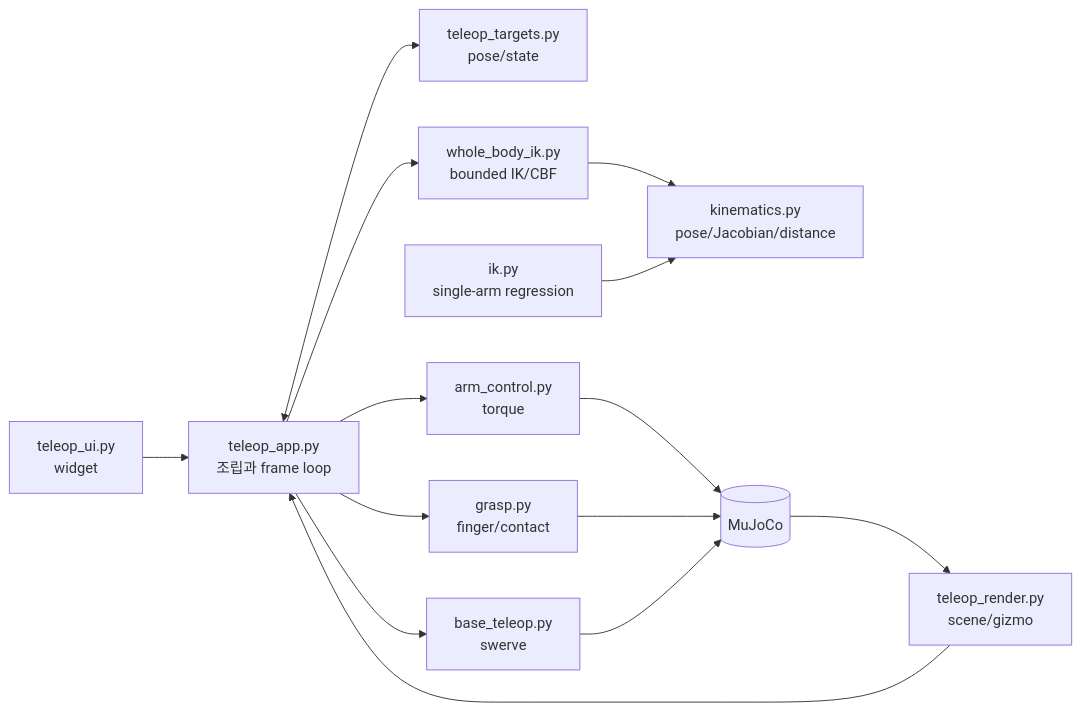
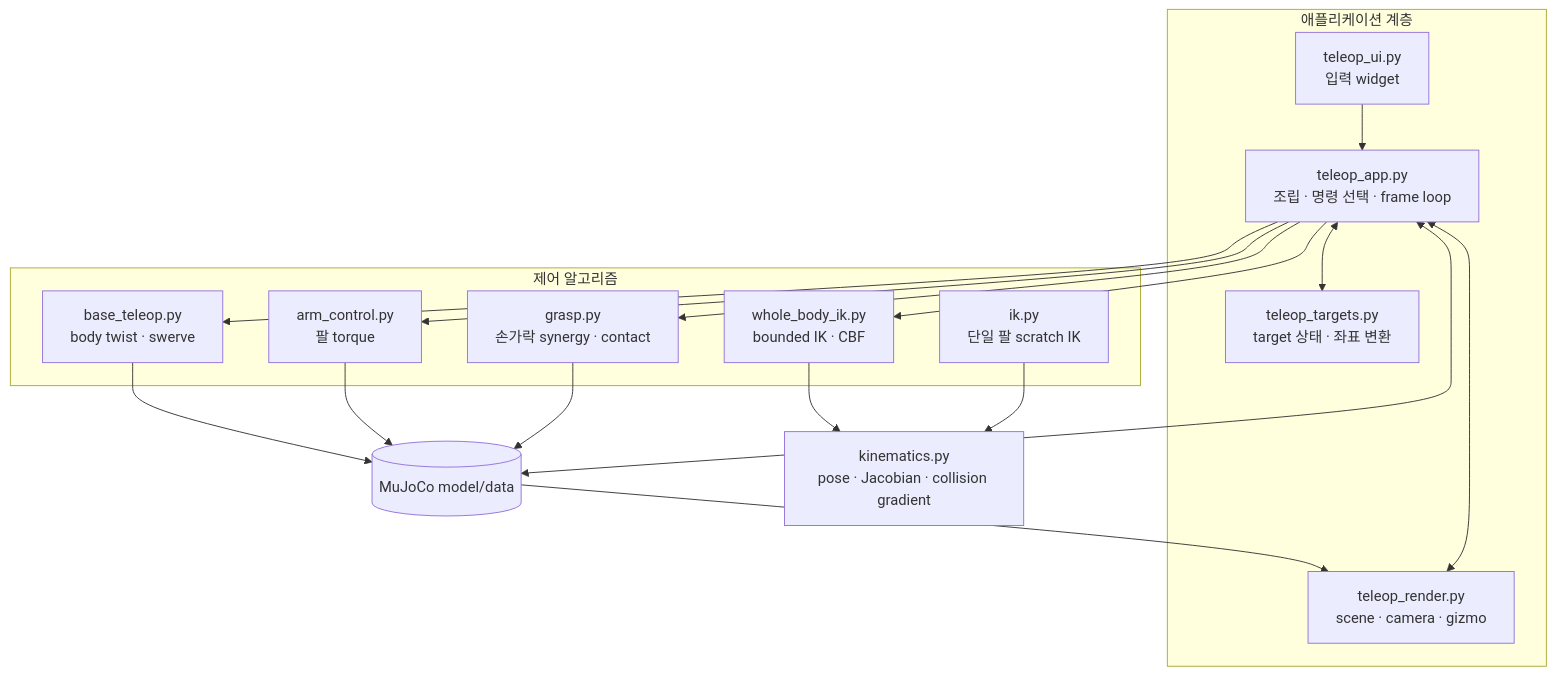
The diagram in docs/guide/index.md (ggh-png/ffw-sh5-grasp), drawn with Mermaid before and after one commit. The commit also changed other lines of this file and 16 other files, not shown here.

````diff
--- a/docs/guide/index.md
+++ b/docs/guide/index.md
@@ -44,28 +23,35 @@
 ```mermaid
-graph LR
-    APP["teleop_app.py<br>조립과 frame loop"]
-    UI["teleop_ui.py<br>widget"]
-    RENDER["teleop_render.py<br>scene/gizmo"]
-    TARGETS["teleop_targets.py<br>pose/state"]
-    KIN["kinematics.py<br>pose/Jacobian/distance"]
-    WBIK["whole_body_ik.py<br>bounded IK/CBF"]
-    LEGACY["ik.py<br>single-arm regression"]
-    ARM["arm_control.py<br>torque"]
-    GRASP["grasp.py<br>finger/contact"]
-    BASE["base_teleop.py<br>swerve"]
-    PHYS[(MuJoCo)]
+flowchart TB
+    subgraph App["애플리케이션 계층"]
+        UI["teleop_ui.py<br>입력 widget"]
+        RENDER["teleop_render.py<br>scene · camera · gizmo"]
+        APP["teleop_app.py<br>조립 · 명령 선택 · frame loop"]
+        TARGETS["teleop_targets.py<br>target 상태 · 좌표 변환"]
+    end
+
+    subgraph Control["제어 알고리즘"]
+        WBIK["whole_body_ik.py<br>bounded IK · CBF"]
+        BASE["base_teleop.py<br>body twist · swerve"]
+        ARM["arm_control.py<br>팔 torque"]
+        GRASP["grasp.py<br>손가락 synergy · contact"]
+        IK["ik.py<br>단일 팔 scratch IK"]
+    end
+
+    KIN["kinematics.py<br>pose · Jacobian · collision gradient"]
+    PHYS[("MuJoCo model/data")]
 
     UI --> APP
-    RENDER --> APP
+    RENDER <--> APP
     APP <--> TARGETS
     APP --> WBIK
-    WBIK --> KIN
-    LEGACY --> KIN
+    APP --> BASE
     APP --> ARM
     APP --> GRASP
-    APP --> BASE
+    WBIK --> KIN
+    IK --> KIN
+    BASE --> PHYS
     ARM --> PHYS
     GRASP --> PHYS
-    BASE --> PHYS
+    APP <--> PHYS
     PHYS --> RENDER
 ```
````
